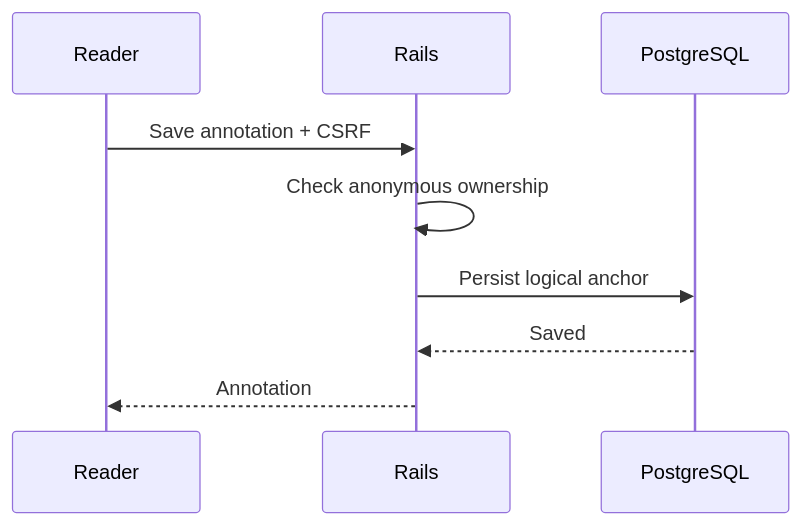
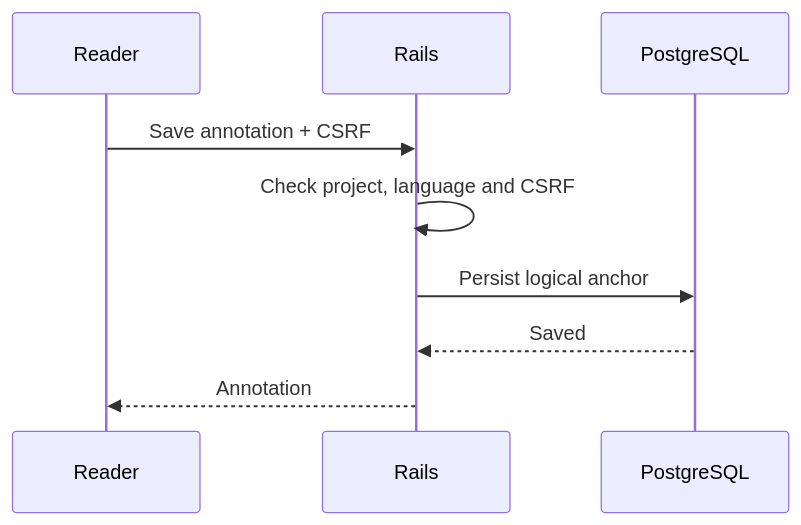
The second of 2 diagrams in docs/projects/engineering-library/docs/en/img/visual-components.md (juniocr26/engineering-library), drawn with Mermaid before and after one commit. The commit also changed other lines of this file and 73 other files, not shown here.

````diff
--- a/docs/projects/engineering-library/docs/en/img/visual-components.md
+++ b/docs/projects/engineering-library/docs/en/img/visual-components.md
@@ -48,11 +48,11 @@
 ```mermaid
 sequenceDiagram
   participant Reader
   participant Rails
   participant PostgreSQL
   Reader->>Rails: Save annotation + CSRF
-  Rails->>Rails: Check anonymous ownership
+  Rails->>Rails: Check project, language and CSRF
   Rails->>PostgreSQL: Persist logical anchor
   PostgreSQL-->>Rails: Saved
   Rails-->>Reader: Annotation
 ```
````
